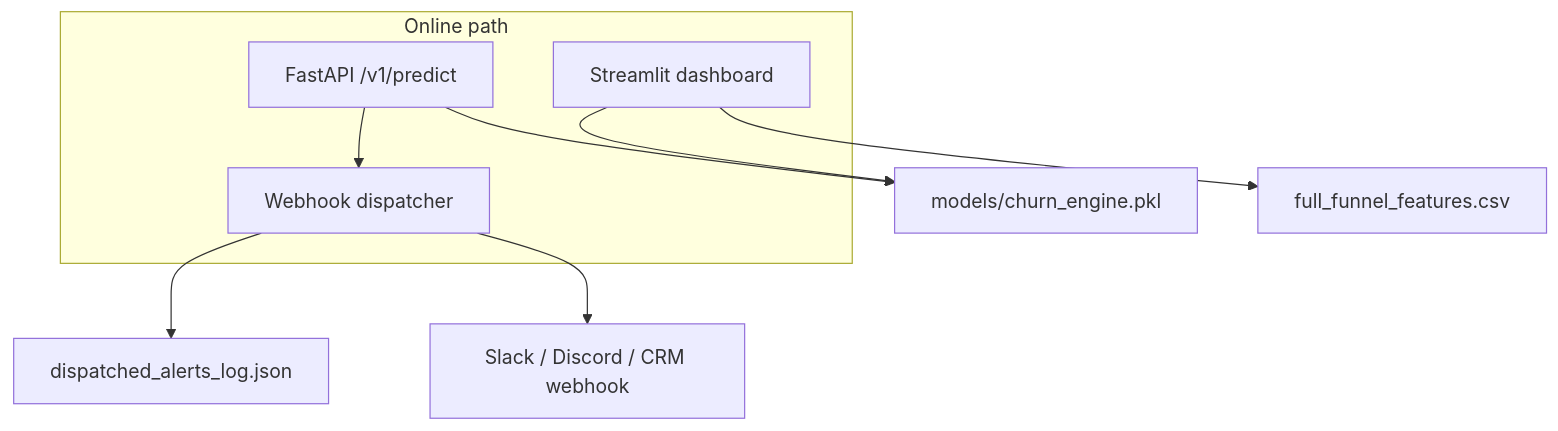
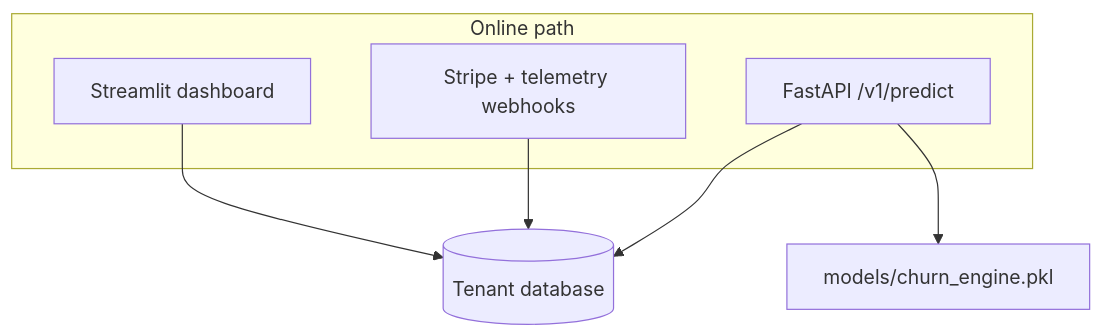
Before and after one commit to kirshanharivelmwork/rev-lifecycle-engine: the third of 3 diagrams in README.md, drawn with Mermaid. The commit also changed other lines of this file and 15 other files, not shown here.

Commit message:
feat: complete commercial multi-tenant engine with live webhooks, automated actions, and ROI dashboard

````diff
--- a/README.md
+++ b/README.md
@@ -217,16 +296,14 @@
 ```mermaid
 flowchart TB
     subgraph ops [Online path]
       UI[Streamlit dashboard]
       API[FastAPI /v1/predict]
-      WH[Webhook dispatcher]
+      WH[Stripe + telemetry webhooks]
     end
     PKL[models/churn_engine.pkl]
-    FEAT[full_funnel_features.csv]
-    UI --> PKL
-    UI --> FEAT
+    DB[(Tenant database)]
+    UI --> DB
     API --> PKL
-    API --> WH
-    WH --> LOG[dispatched_alerts_log.json]
-    WH --> SLACK[Slack / Discord / CRM webhook]
+    WH --> DB
+    API --> DB
 ```
````
